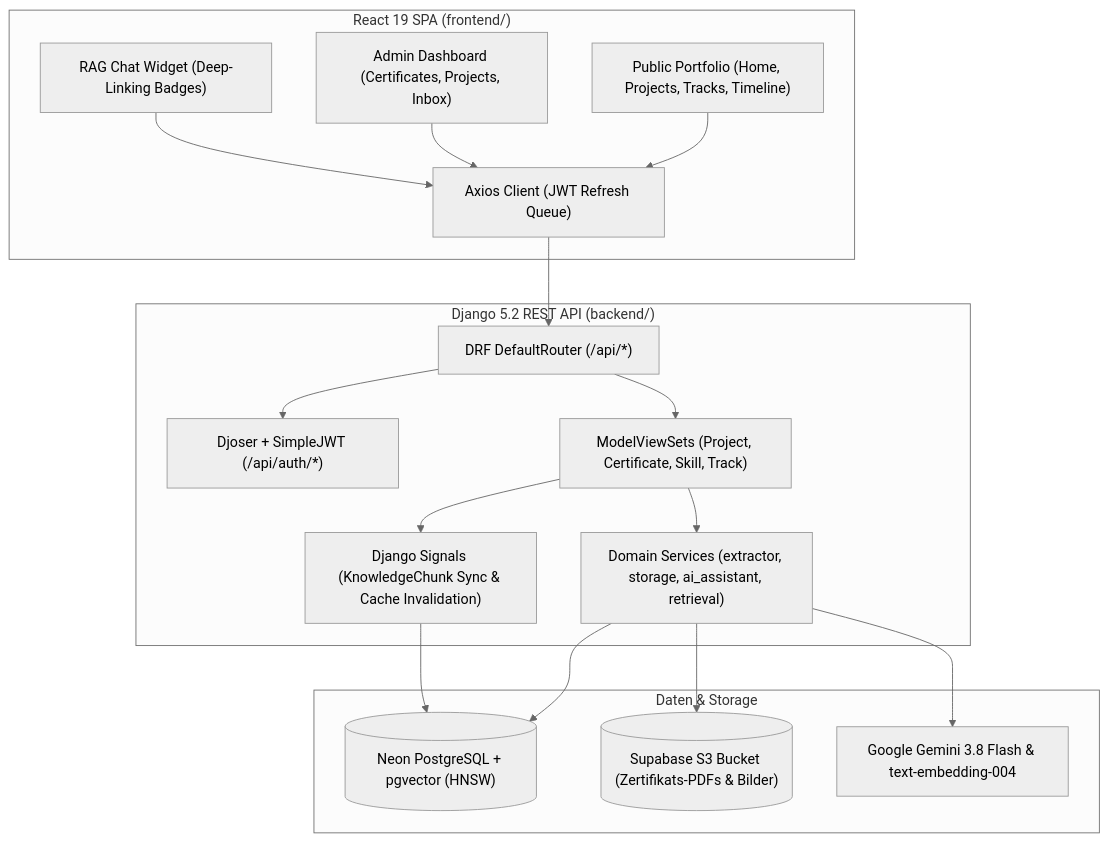
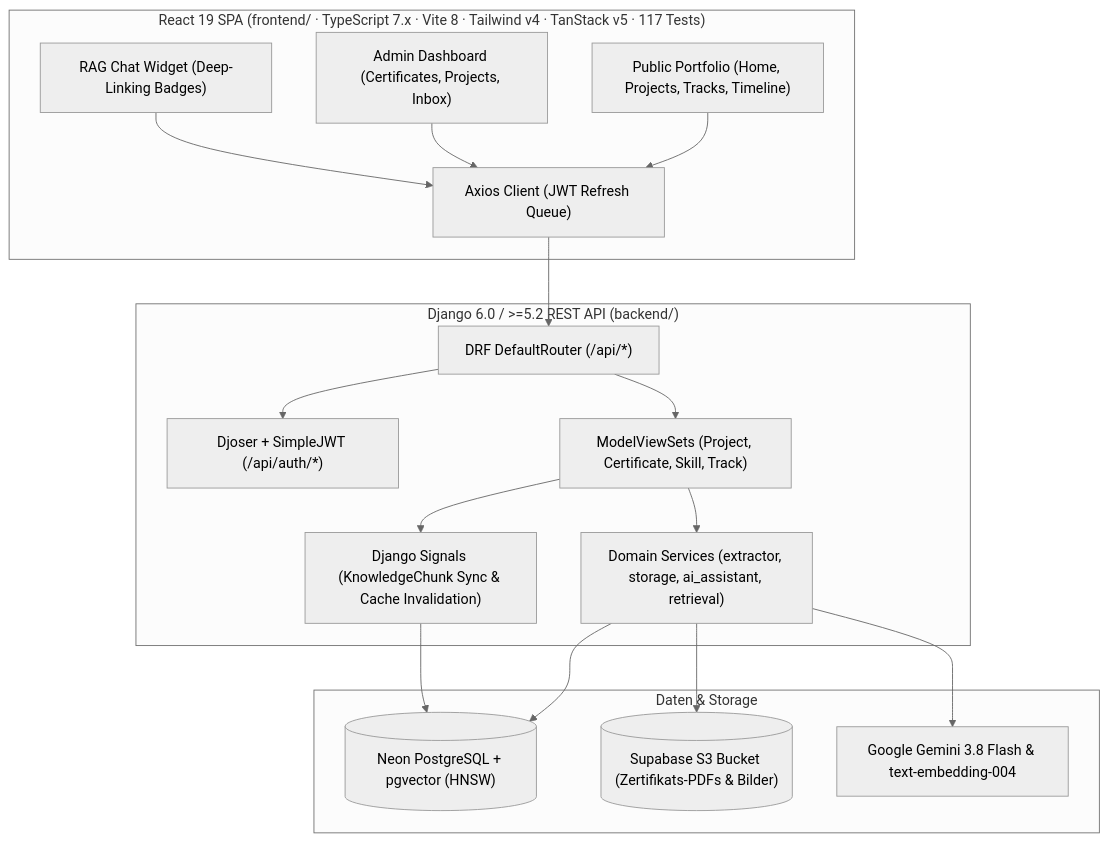
One commit to dfluechter/portfolio_project changed the first of 3 diagrams in docs/wiki/System-Architecture.md. Above: the diagram before and after it, drawn with Mermaid (neutral theme). The commit also changed other lines of this file and 32 other files, not shown here.

````diff
--- a/docs/wiki/System-Architecture.md
+++ b/docs/wiki/System-Architecture.md
@@ -19,36 +19,36 @@
 ```mermaid
 graph TD
-    subgraph Frontend["React 19 SPA (frontend/)"]
+    subgraph Frontend["React 19 SPA (frontend/ · TypeScript 7.x · Vite 8 · Tailwind v4 · TanStack v5 · 117 Tests)"]
         PublicView["Public Portfolio (Home, Projects, Tracks, Timeline)"]
         DashboardView["Admin Dashboard (Certificates, Projects, Inbox)"]
         AIChatWidget["RAG Chat Widget (Deep-Linking Badges)"]
         ApiClient["Axios Client (JWT Refresh Queue)"]
     end
 
-    subgraph Backend["Django 5.2 REST API (backend/)"]
+    subgraph Backend["Django 6.0 / >=5.2 REST API (backend/)"]
         Router["DRF DefaultRouter (/api/*)"]
         AuthViews["Djoser + SimpleJWT (/api/auth/*)"]
         ViewSets["ModelViewSets (Project, Certificate, Skill, Track)"]
         Services["Domain Services (extractor, storage, ai_assistant, retrieval)"]
         Signals["Django Signals (KnowledgeChunk Sync & Cache Invalidation)"]
     end
 
     subgraph Persistence["Daten & Storage"]
         NeonDB[("Neon PostgreSQL + pgvector (HNSW)")]
         SupabaseS3[("Supabase S3 Bucket (Zertifikats-PDFs & Bilder)")]
         GeminiAPI["Google Gemini 3.8 Flash & text-embedding-004"]
     end
 
     PublicView --> ApiClient
     DashboardView --> ApiClient
     AIChatWidget --> ApiClient
     ApiClient --> Router
     Router --> AuthViews
     Router --> ViewSets
     ViewSets --> Services
     Services --> NeonDB
     Services --> SupabaseS3
     Services --> GeminiAPI
     ViewSets --> Signals
     Signals --> NeonDB
 ```
````
